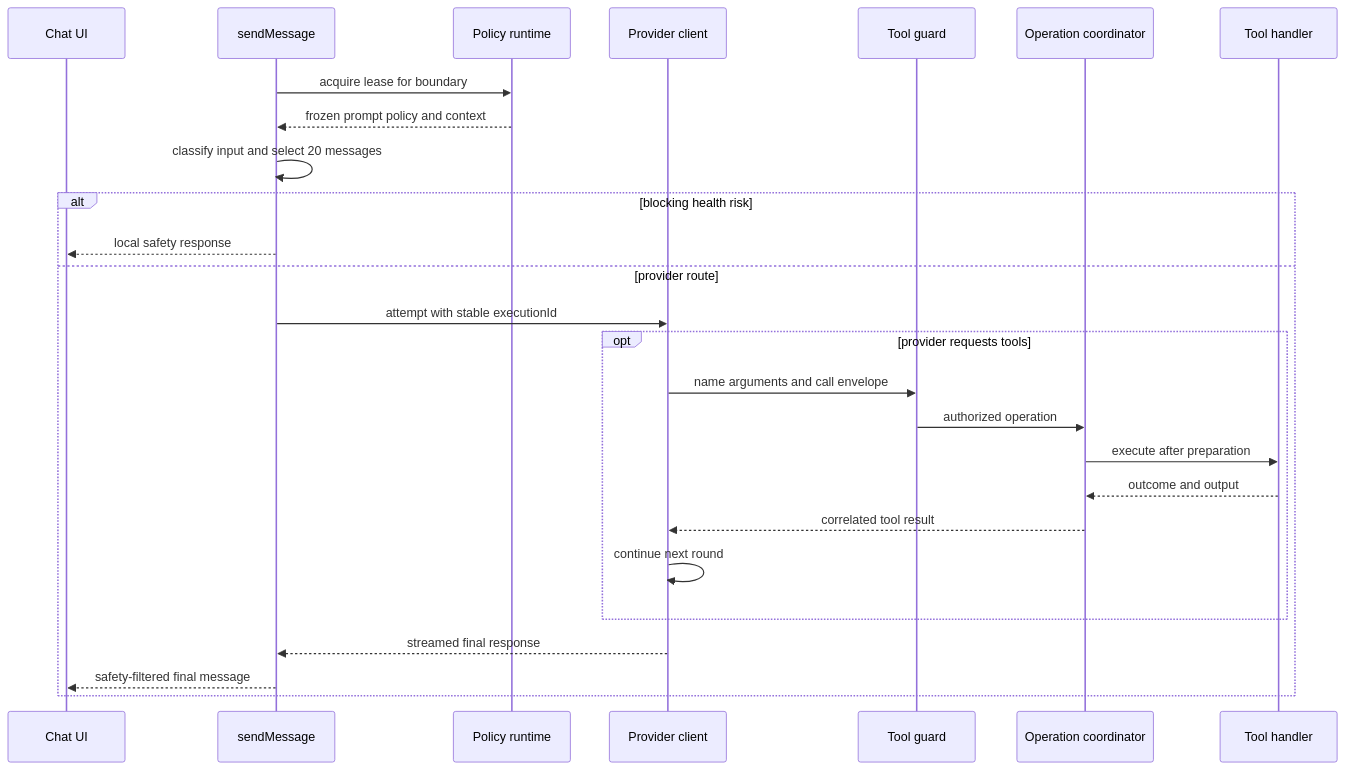
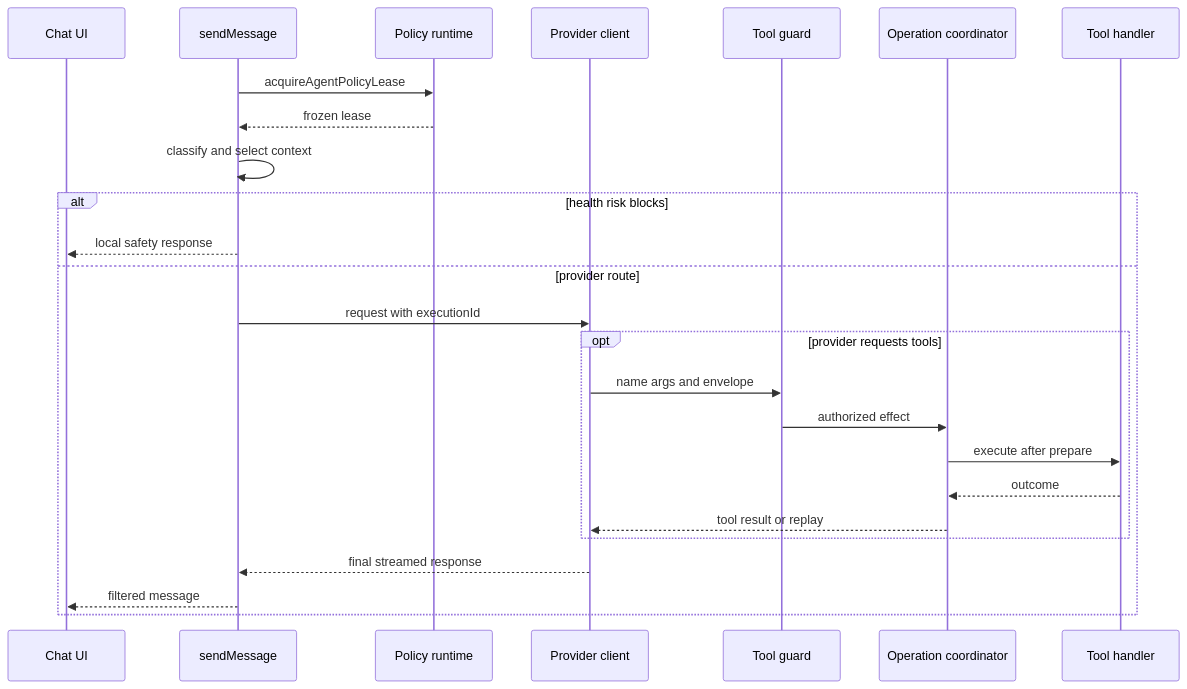
The first of 3 diagrams in openwiki/agent/runtime.md (maximofn/gymnasia), drawn with Mermaid before and after one commit. The commit also changed other lines of this file and 16 other files, not shown here.

````diff
--- a/openwiki/agent/runtime.md
+++ b/openwiki/agent/runtime.md
@@ -96,28 +99,27 @@
 ```mermaid
 sequenceDiagram
     participant UI as Chat UI
     participant App as sendMessage
     participant Policy as Policy runtime
     participant Provider as Provider client
     participant Guard as Tool guard
-    participant Coord as Operation coordinator
+    participant Coordinator as Operation coordinator
     participant Handler as Tool handler
-    App->>Policy: acquire lease for boundary
-    Policy-->>App: frozen prompt policy and context
-    App->>App: classify input and select 20 messages
-    alt blocking health risk
+    App->>Policy: acquireAgentPolicyLease
+    Policy-->>App: frozen lease
+    App->>App: classify and select context
+    alt health risk blocks
         App-->>UI: local safety response
     else provider route
-        App->>Provider: attempt with stable executionId
+        App->>Provider: request with executionId
         opt provider requests tools
-            Provider->>Guard: name arguments and call envelope
-            Guard->>Coord: authorized operation
-            Coord->>Handler: execute after preparation
-            Handler-->>Coord: outcome and output
-            Coord-->>Provider: correlated tool result
-            Provider->>Provider: continue next round
+            Provider->>Guard: name args and envelope
+            Guard->>Coordinator: authorized effect
+            Coordinator->>Handler: execute after prepare
+            Handler-->>Coordinator: outcome
+            Coordinator-->>Provider: tool result or replay
         end
-        Provider-->>App: streamed final response
-        App-->>UI: safety-filtered final message
+        Provider-->>App: final streamed response
+        App-->>UI: filtered message
     end
 ```
````
